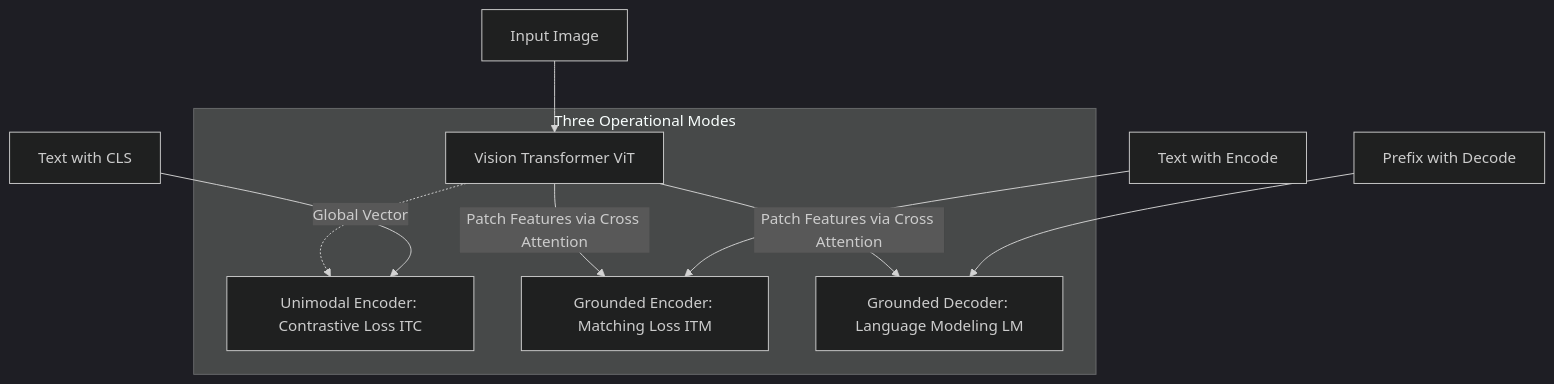
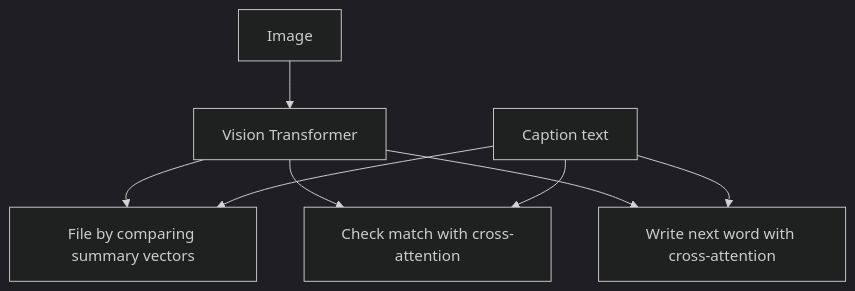
One commit to Tarunsai08/PaperStack changed the first of 2 diagrams in content/papers/blip-bootstrapping-language-image-pre-training-for-unified-v.md. Above: the diagram before and after it, drawn with Mermaid (dark theme). The commit also changed other lines of this file and 7 other files, not shown here.

````diff
--- a/content/papers/blip-bootstrapping-language-image-pre-training-for-unified-v.md
+++ b/content/papers/blip-bootstrapping-language-image-pre-training-for-unified-v.md
@@ -151,14 +97,10 @@
 ```mermaid
 flowchart TD
-    Img[Input Image] --> ViT[Vision Transformer ViT]
-    
-    subgraph Pathways[Three Operational Modes]
-        ViT -.->|Global Vector| ITC[Unimodal Encoder: Contrastive Loss ITC]
-        ViT -->|Patch Features via Cross Attention| ITM[Grounded Encoder: Matching Loss ITM]
-        ViT -->|Patch Features via Cross Attention| LM[Grounded Decoder: Language Modeling LM]
-    end
-
-    Txt1[Text with CLS] --> ITC
-    Txt2[Text with Encode] --> ITM
-    Txt3[Prefix with Decode] --> LM
+  A[Image] --> B[Vision Transformer]
+  B --> C[File by comparing summary vectors]
+  B --> D[Check match with cross-attention]
+  B --> E[Write next word with cross-attention]
+  T[Caption text] --> C
+  T --> D
+  T --> E
 ```
````
